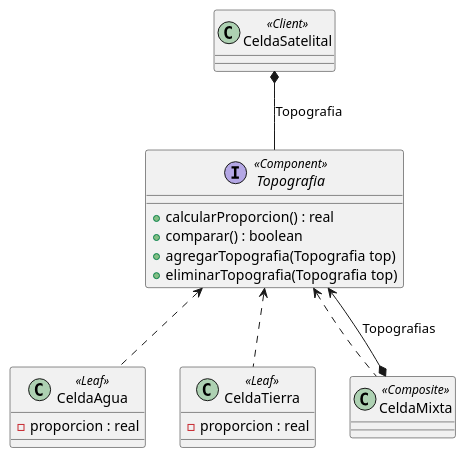
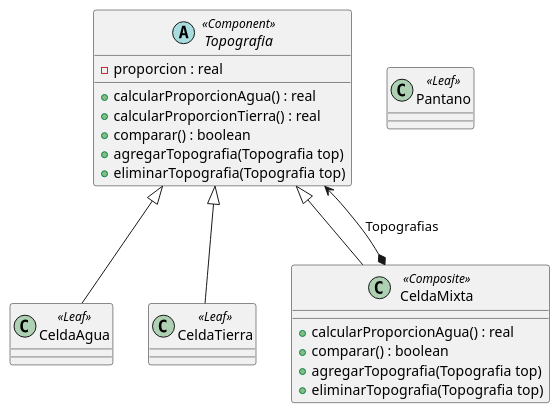
The diagram in Objetos 2/UMLs/Ejercicio11patrones.puml (BautistaMarquez/Tercero-PrimerCuatrimestre), drawn with PlantUML before and after one commit. The commit also changed 3 other files, not shown here.

```diff
--- a/Objetos 2/UMLs/Ejercicio11patrones.puml
+++ b/Objetos 2/UMLs/Ejercicio11patrones.puml
@@ -1,34 +1,40 @@
 @startuml Ejercicio11
 
-CeldaSatelital *-- Topografia : Topografia
-Topografia <.. CeldaAgua
-Topografia <.. CeldaTierra
-Topografia <.. CeldaMixta
+Topografia <|-- CeldaAgua
+Topografia <|-- CeldaTierra
+Topografia <|-- CeldaMixta
 Topografia <--* CeldaMixta : Topografias
 
 'Para esto tengo que chequear lo de comparar una mixta con la otra y eso, se supone que se hace como lo del piedra papel y tijera (no lo hice, pero recuerdo que era hacer un metodo por cada clase que te puede llegar, es una solucion media chota pero es la idea que tengo que llevar a cabo no hay otra) despues tengo que ver como lo implemento pq tengo que verificar a una mixta con una leaf entre mixtas y entre leaf no creo sea complicado el tema seria una mixta y una leaf'
-class CeldaSatelital <<Client>>{
 
-}
-
-Interface Topografia <<Component>>{
-    +calcularProporcion() : real
+'En este caso por ejemplo defino el comparar en la clase Topografia y hago override en CeldaMixta y viceversa con el tema de agregar y eliminar?'
+Abstract class Topografia <<Component>>{
+    -proporcion : real 
+    +calcularProporcionAgua() : real
+    +calcularProporcionTierra() : real 
     +comparar() : boolean
     +agregarTopografia(Topografia top)
     +eliminarTopografia(Topografia top)
 }
 
 class CeldaAgua <<Leaf>>{
-    -proporcion : real
+   
 }
 
 class CeldaTierra <<Leaf>>{
-    -proporcion : real
+  
+}
+
+class Pantano <<Leaf>>{
+    
 }
 
 class CeldaMixta <<Composite>>{
-
+    +calcularProporcionAgua() : real
+    +comparar() : boolean
+    +agregarTopografia(Topografia top)
+    +eliminarTopografia(Topografia top)
 }
 
 
 @enduml
```
